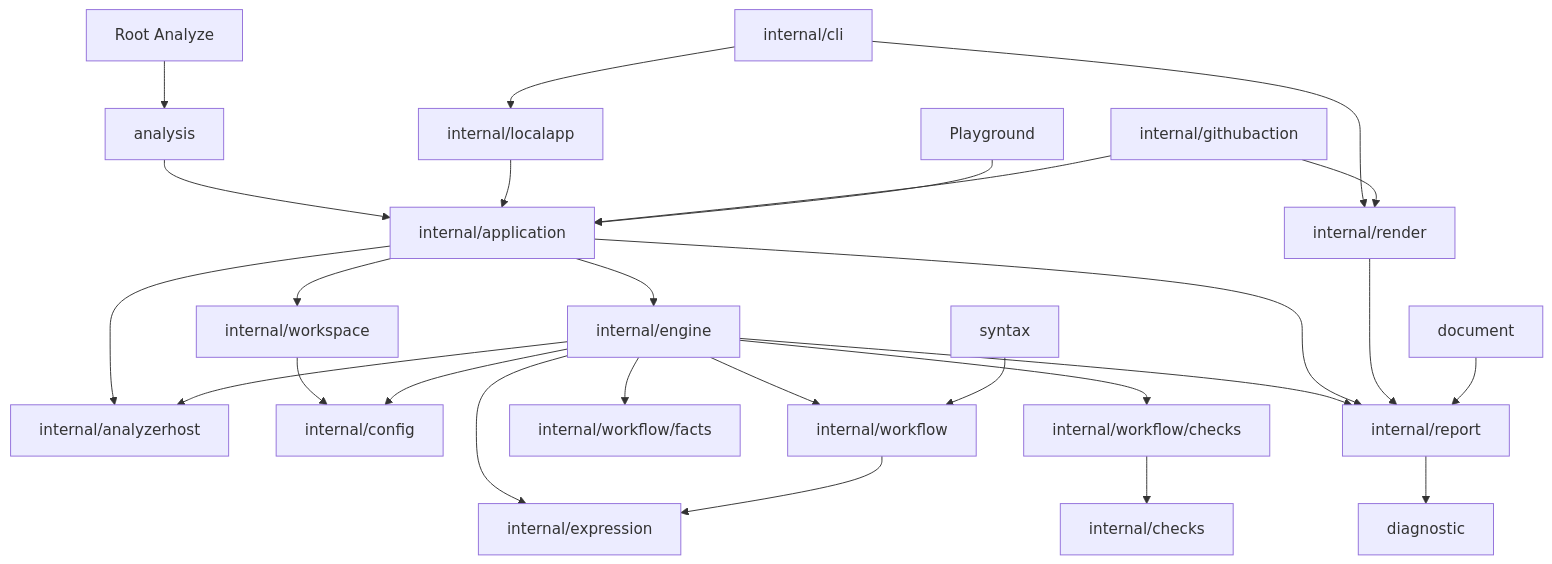
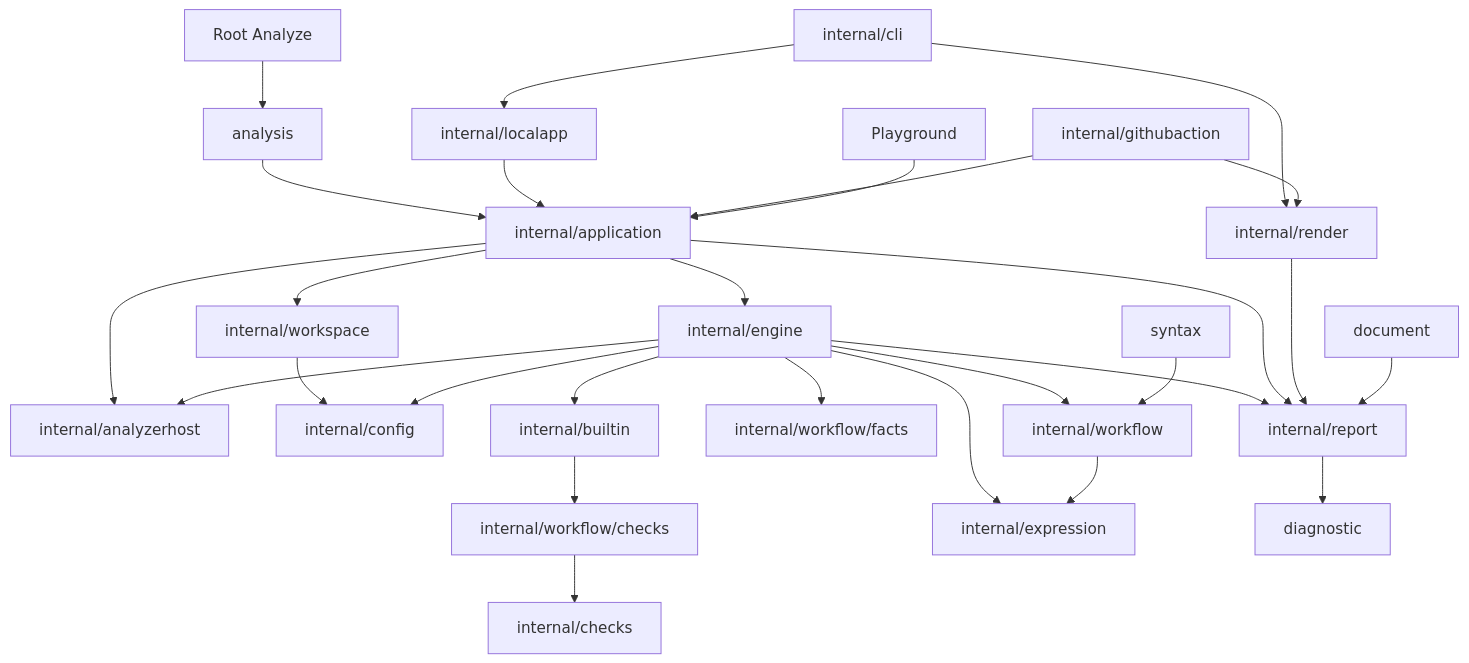
The first of 2 diagrams in docs/design/analysis-contracts.md (kjanat/actionlint), drawn with Mermaid before and after one commit. The commit also changed other lines of this file and 269 other files, not shown here.

````diff
--- a/docs/design/analysis-contracts.md
+++ b/docs/design/analysis-contracts.md
@@ -30,29 +31,30 @@
 ```mermaid
 flowchart TD
     Root[Root Analyze] --> API[analysis]
     API --> App[internal/application]
     CLI[internal/cli] --> Local[internal/localapp]
     Local --> App
     Action[internal/githubaction] --> App
     Browser[Playground] --> App
     App --> Workspace[internal/workspace]
     App --> Engine[internal/engine]
     App --> Host[internal/analyzerhost]
     Workspace --> Config[internal/config]
     Engine --> Config
     Engine --> Workflow[internal/workflow]
     Engine --> Facts[internal/workflow/facts]
-    Engine --> Checks[internal/workflow/checks]
+    Engine --> Builtin[internal/builtin]
+    Builtin --> Checks[internal/workflow/checks]
     Checks --> Semantics[internal/checks]
     Engine --> Expressions[internal/expression]
     Workflow --> Expressions
     Engine --> Host
     Engine --> Models[internal/report]
     App --> Models
     CLI --> Render[internal/render]
     Action --> Render
     Render --> Models
     Models --> Diagnostic[diagnostic]
     Syntax[syntax] --> Workflow
     Documents[document] --> Models
 ```
````
